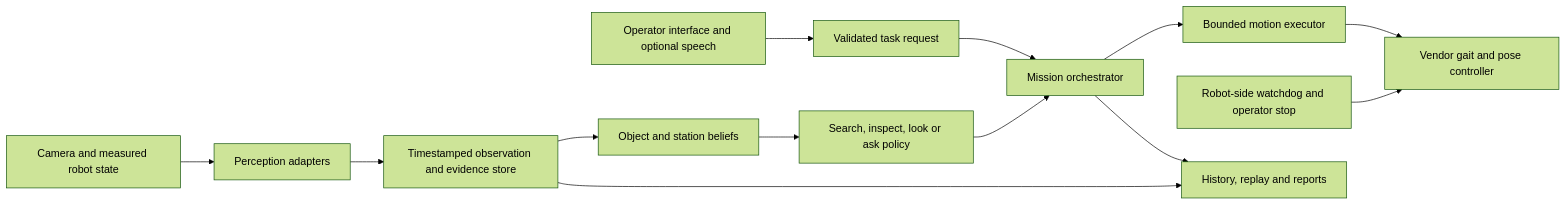
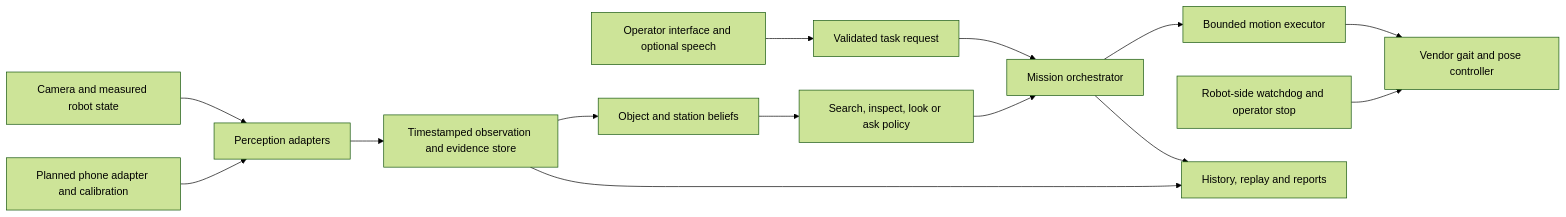
One commit to trungdangtapcode/Embodied-Scout-PuppyPi changed the diagram in docs/08-system-evolution.md. Above: the diagram before and after it, drawn with Mermaid (forest theme). The commit also changed other lines of this file and 9 other files, not shown here.

````diff
--- a/docs/08-system-evolution.md
+++ b/docs/08-system-evolution.md
@@ -10,15 +10,16 @@
 ```mermaid
 flowchart LR
     O[Operator interface and optional speech] --> T[Validated task request]
     T --> M[Mission orchestrator]
     C[Camera and measured robot state] --> P[Perception adapters]
+    F[Planned phone adapter and calibration] --> P
     P --> E[Timestamped observation and evidence store]
     E --> B[Object and station beliefs]
     B --> D[Search, inspect, look or ask policy]
     D --> M
     M --> X[Bounded motion executor]
     X --> R[Vendor gait and pose controller]
     W[Robot-side watchdog and operator stop] --> R
     E --> U[History, replay and reports]
     M --> U
 ```
````
